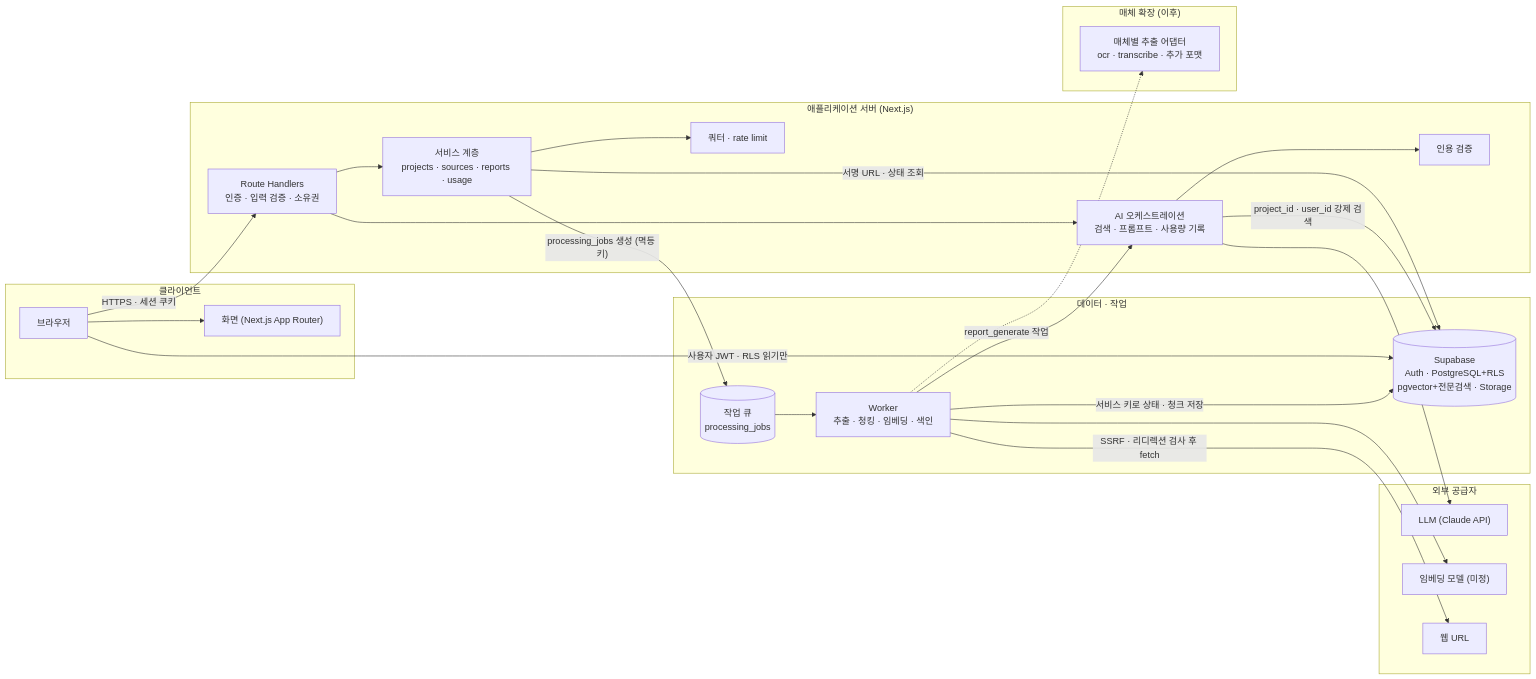
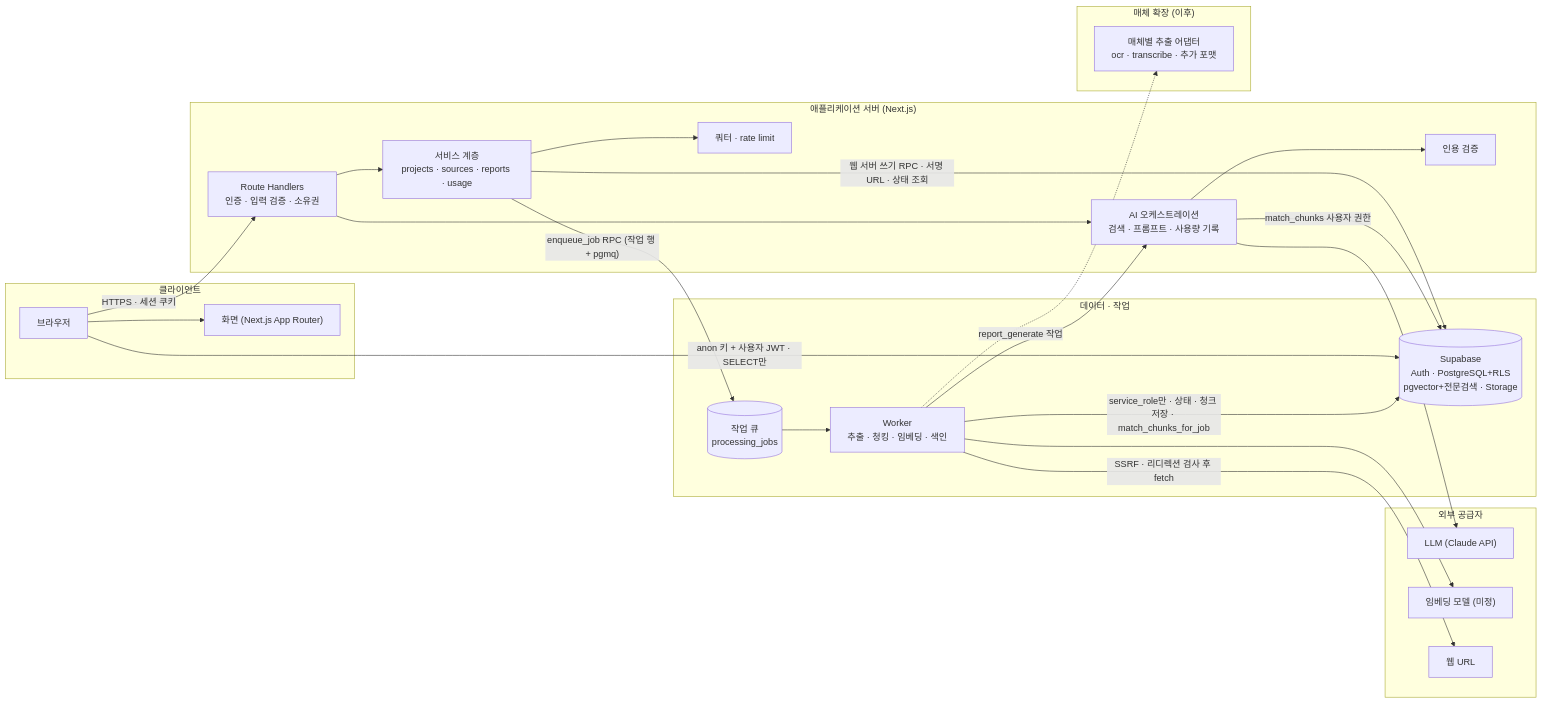
The diagram in docs/diagrams/architecture.mmd (DevOps0906/KNOWFLOW-AI), drawn with Mermaid before and after one commit. The commit also changed 42 other files, not shown here.

```diff
--- a/docs/diagrams/architecture.mmd
+++ b/docs/diagrams/architecture.mmd
@@ -1,42 +1,42 @@
 flowchart LR
   subgraph client ["클라이언트"]
     br["브라우저"]
     scr["화면 (Next.js App Router)"]
     br --> scr
   end
   subgraph app ["애플리케이션 서버 (Next.js)"]
     rh["Route Handlers<br/>인증 · 입력 검증 · 소유권"]
     svc["서비스 계층<br/>projects · sources · reports · usage"]
     qt["쿼터 · rate limit"]
     ai["AI 오케스트레이션<br/>검색 · 프롬프트 · 사용량 기록"]
     cv["인용 검증"]
     rh --> svc
     svc --> qt
     ai --> cv
   end
   subgraph data ["데이터 · 작업"]
     jq[("작업 큐<br/>processing_jobs")]
     wk["Worker<br/>추출 · 청킹 · 임베딩 · 색인"]
     sb[("Supabase<br/>Auth · PostgreSQL+RLS<br/>pgvector+전문검색 · Storage")]
     jq --> wk
   end
   subgraph ext ["외부 공급자"]
     llm["LLM (Claude API)"]
     emb["임베딩 모델 (미정)"]
     web["웹 URL"]
   end
   subgraph ext_media ["매체 확장 (이후)"]
     adp["매체별 추출 어댑터<br/>ocr · transcribe · 추가 포맷"]
   end
+  br -->|"anon 키 + 사용자 JWT · SELECT만"| sb
   br -->|"HTTPS · 세션 쿠키"| rh
-  br -->|"사용자 JWT · RLS 읽기만"| sb
   rh --> ai
-  svc -->|"processing_jobs 생성 (멱등 키)"| jq
-  svc -->|"서명 URL · 상태 조회"| sb
-  ai -->|"project_id · user_id 강제 검색"| sb
+  svc -->|"enqueue_job RPC (작업 행 + pgmq)"| jq
+  svc -->|"웹 서버 쓰기 RPC · 서명 URL · 상태 조회"| sb
+  ai -->|"match_chunks 사용자 권한"| sb
   ai --> llm
-  wk -->|"서비스 키로 상태 · 청크 저장"| sb
+  wk -->|"service_role만 · 상태 · 청크 저장 · match_chunks_for_job"| sb
   wk --> emb
   wk -->|"SSRF · 리디렉션 검사 후 fetch"| web
   wk -.-> adp
   wk -->|"report_generate 작업"| ai
```
